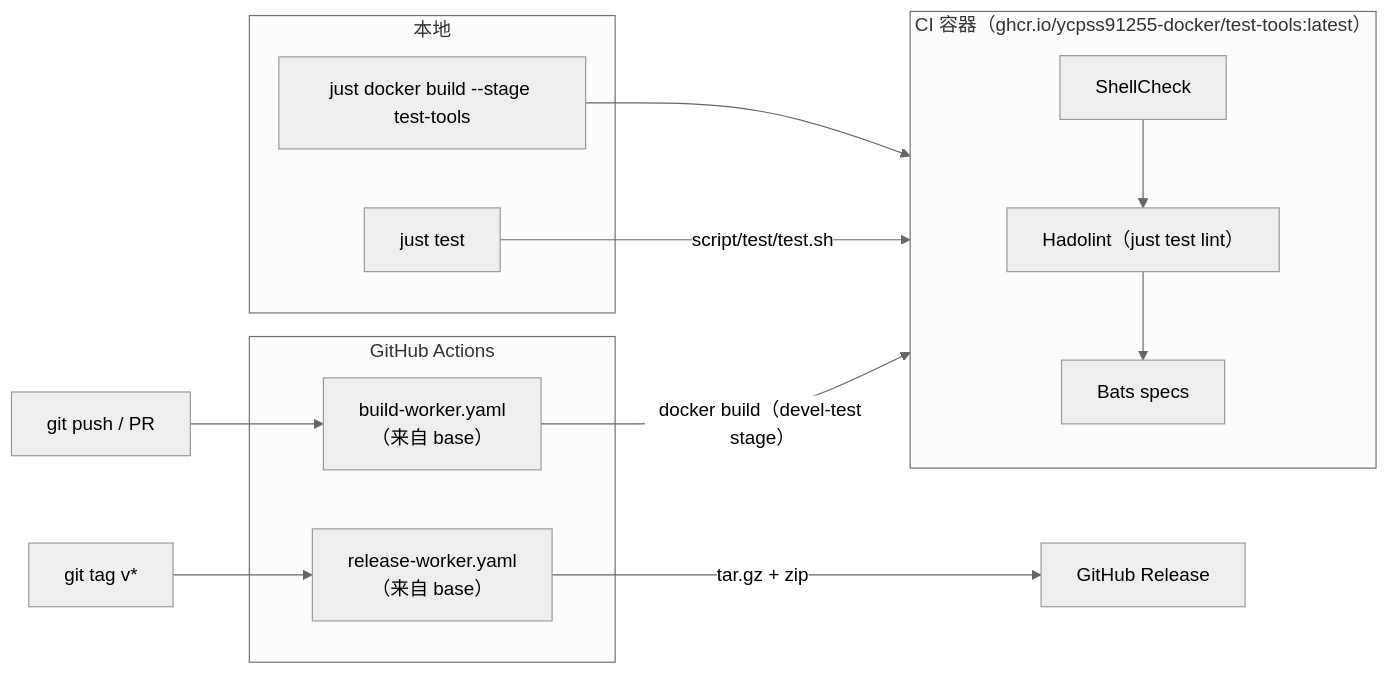
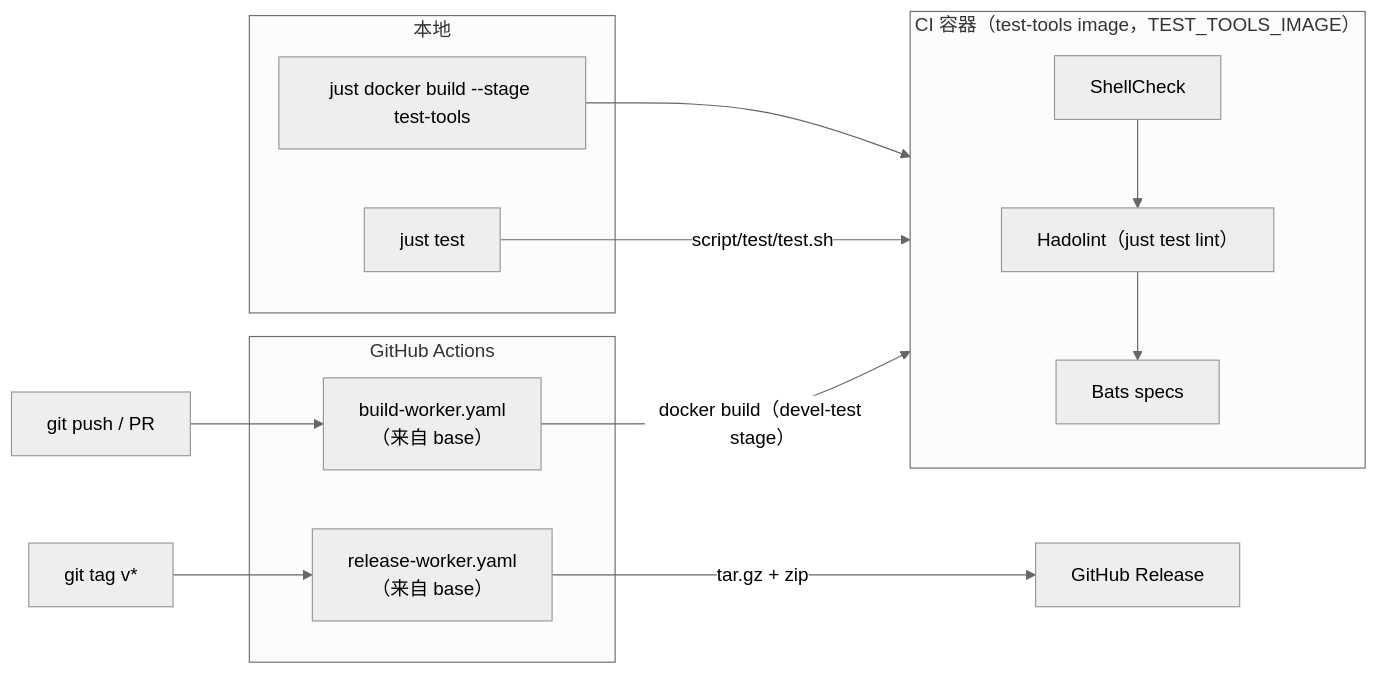
Before and after one commit to ycpss91255-docker/base: the second of 2 diagrams in doc/readme/README.zh-CN.md, drawn with Mermaid (neutral theme). The commit also changed other lines of this file and 6 other files, not shown here.

First line of the commit message:
docs(changelog): record the TEST_TOOLS_IMAGE no-default decision (refs #896)

````diff
--- a/doc/readme/README.zh-CN.md
+++ b/doc/readme/README.zh-CN.md
@@ -110,27 +110,27 @@
 ```mermaid
 flowchart LR
     subgraph local["本地"]
         just_test["just test"]
         just_build["just docker build --stage test-tools"]
     end
 
-    subgraph ci_container["CI 容器（ghcr.io/ycpss91255-docker/test-tools:latest）"]
+    subgraph ci_container["CI 容器（test-tools image，TEST_TOOLS_IMAGE）"]
         shellcheck["ShellCheck"]
         hadolint["Hadolint（just test lint）"]
         bats["Bats specs"]
     end
 
     subgraph github["GitHub Actions"]
         build_worker["build-worker.yaml<br/>（来自 base）"]
         release_worker["release-worker.yaml<br/>（来自 base）"]
     end
 
     just_build --> ci_container
     just_test -->|"script/test/test.sh"| ci_container
     shellcheck --> hadolint --> bats
 
     push["git push / PR"] --> build_worker
     build_worker -->|"docker build（devel-test stage）"| ci_container
     tag["git tag v*"] --> release_worker
     release_worker -->|"tar.gz + zip"| release["GitHub Release"]
 ```
````
